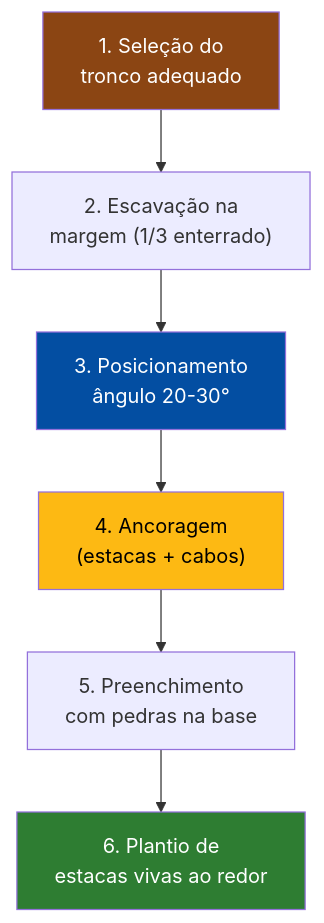
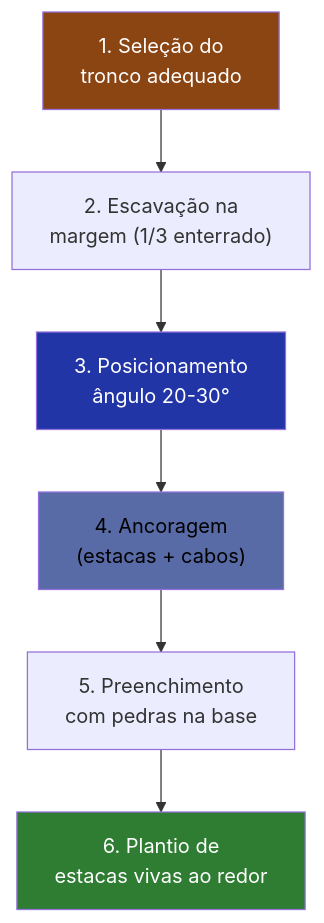
The fifth of 10 diagrams in aulas/bioengenharia_de_solos/aulas/bioengenharia_fluvial/bioengenharia_fluvial.qmd (ldvsantos/cv), drawn with Mermaid before and after one commit. The commit also changed other lines of this file and 466 other files, not shown here.

````diff
--- a/aulas/bioengenharia_de_solos/aulas/bioengenharia_fluvial/bioengenharia_fluvial.qmd
+++ b/aulas/bioengenharia_de_solos/aulas/bioengenharia_fluvial/bioengenharia_fluvial.qmd
@@ -336,13 +334,13 @@
 ```{mermaid}
 %%| fig-width: 5
 graph TD
     A["1. Seleção do<br>tronco adequado"] --> B["2. Escavação na<br>margem (1/3 enterrado)"]
     B --> C["3. Posicionamento<br>ângulo 20-30°"]
     C --> D["4. Ancoragem<br>(estacas + cabos)"]
     D --> E["5. Preenchimento<br>com pedras na base"]
     E --> F["6. Plantio de<br>estacas vivas ao redor"]
     style A fill:#8B4513,color:#fff
-    style C fill:#034EA2,color:#fff
-    style D fill:#FDB913,color:#000
+    style C fill:#2135A6,color:#fff
+    style D fill:#586BA6,color:#000
     style F fill:#2E7D32,color:#fff
 ```
````
